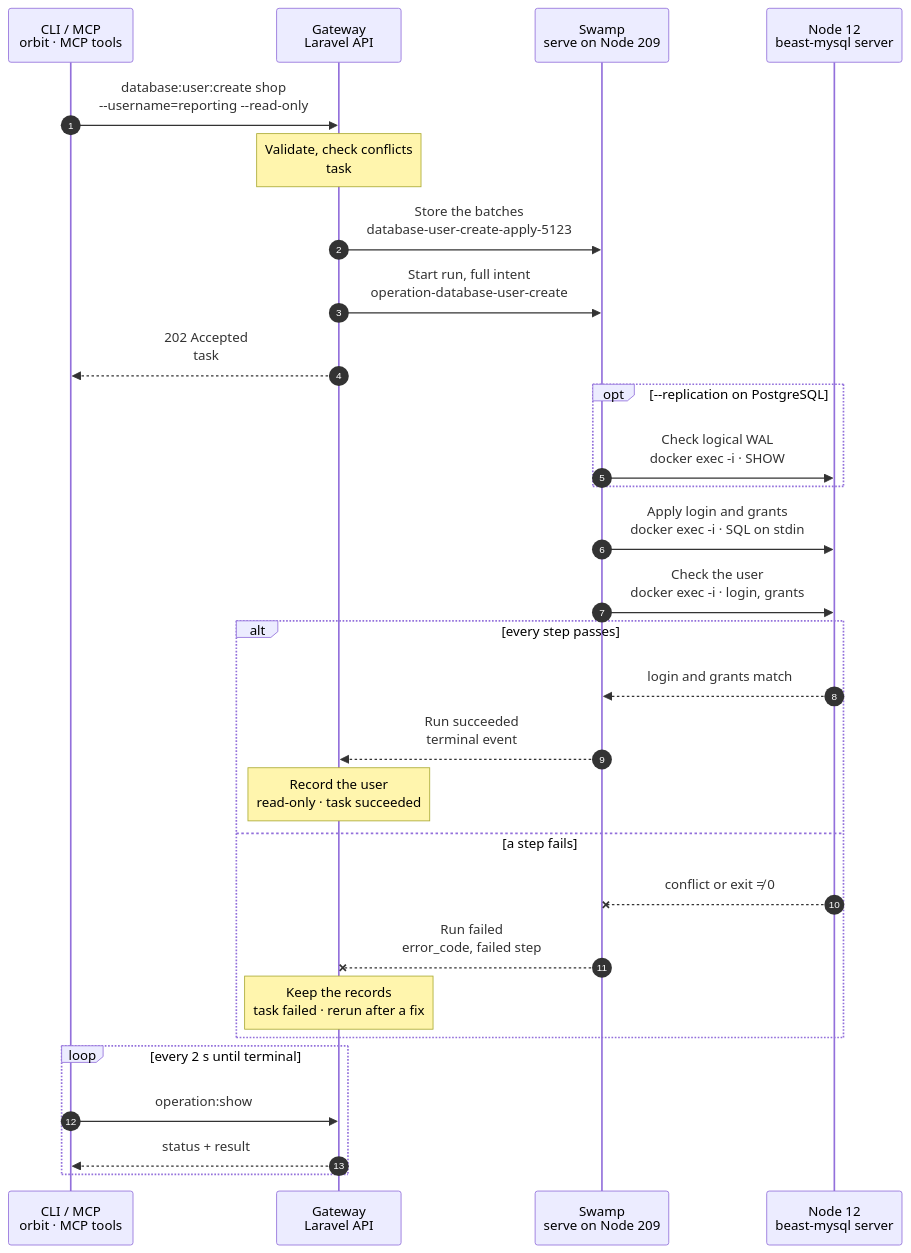
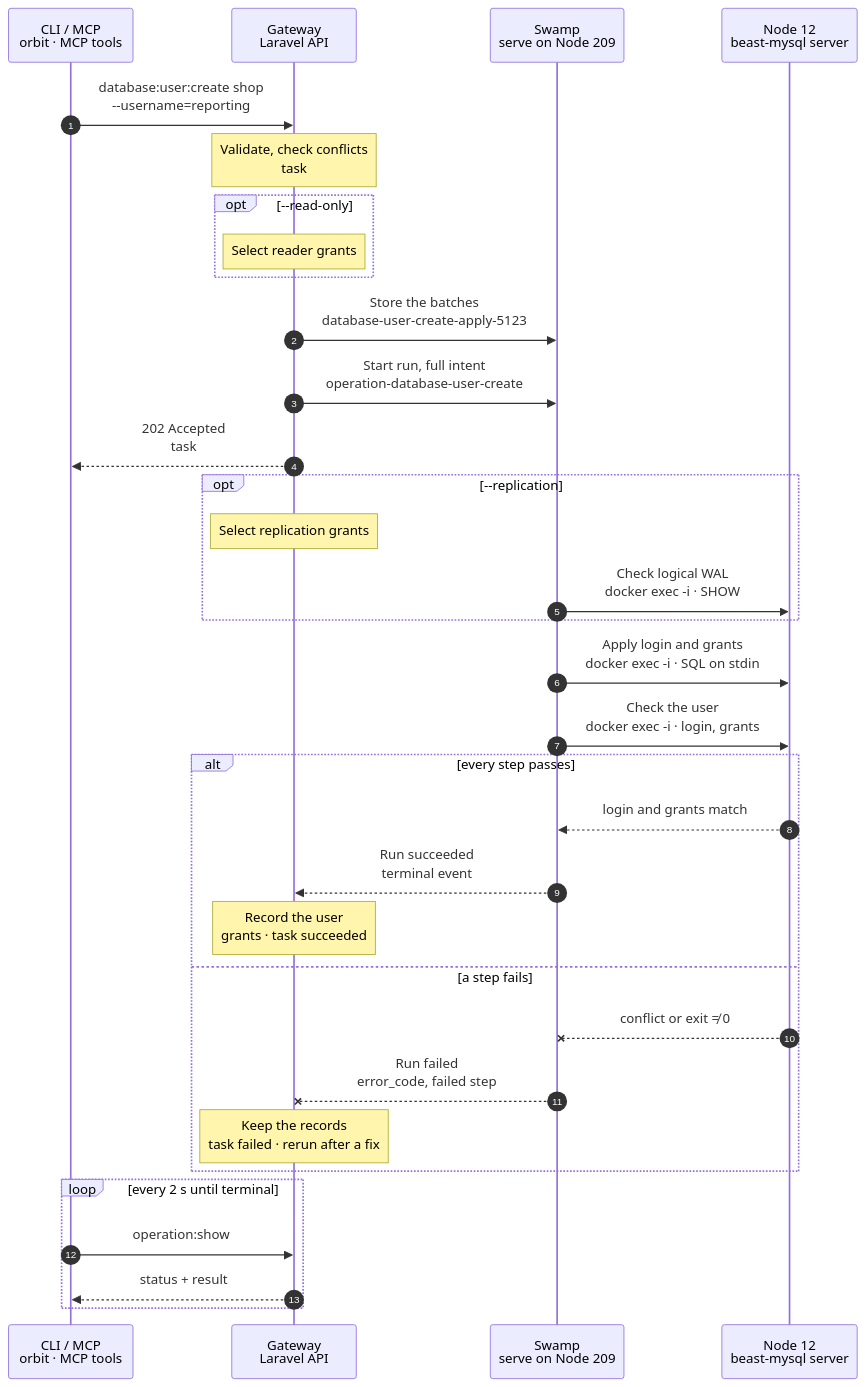
One commit to hardimpactdev/orbit changed the diagram in docs/cli/database/user-create.mmd. Above: the diagram before and after it, drawn with Mermaid. The commit also changed 10 other files, not shown here.

```diff
--- a/docs/cli/database/user-create.mmd
+++ b/docs/cli/database/user-create.mmd
@@ -1,125 +1,133 @@
 sequenceDiagram
   %% Target design: ADR 0244 task, DECISIONS R1-R4, 5 (swamp role SSH identity), round 2 bugs (server admin password by its own vault key, cleanup on pass or fail). docs/reference/database-servers.md#add-a-user.
   %% Tightened: flow-tighten 2026-11-02, rules 6, 22 (WAL read before any change; login and grants in one SQL batch on stdin; the user reads back its grants; no copied scripts or cleanup).
   %% status: draft
   %% command: database:user:create
   %% kind: database_user.create
   autonumber
   %% lane CLI icon=terminal pill=caller tone=gray
   %% lane GW icon=gateway pill=intent tone=blue
   %% lane SW icon=workflow pill=executes tone=green
   %% lane N icon=server pill=target tone=amber
   participant CLI as CLI / MCP<br/>orbit · MCP tools
   participant GW as Gateway<br/>Laravel API
   participant SW as Swamp<br/>serve on Node 209
   participant N as Node 12<br/>beast-mysql server
-  CLI->>GW: database:user:create shop<br/>--username=reporting --read-only
+  CLI->>GW: database:user:create shop<br/>--username=reporting
   %%> Command:
-  %%> - `printf '%s' "$PASSWORD" | orbit database:user:create shop --username=reporting --read-only`
-  %%> - syntax: `<slug> --username=USER [--read-only] [--replication] [--idempotency-key=KEY]`
+  %%> - `printf '%s' "$PASSWORD" | orbit database:user:create shop --username=reporting`
+  %%> - syntax: `<slug> --username=USER [--read-only] [--replication] [--idempotency-key=KEY] [--json]`
   %%> Input:
   %%> - the connection slug of a database on a MySQL or PostgreSQL server
   %%> - the username: a 1-32 character identifier
   %%> - the password from piped standard input, or a hidden `Password` prompt on a terminal; never an argument
   %%> Grants:
   %%> - `--read-only`: `SELECT` on the database
   %%> - none: all database privileges on MySQL, data-write grants on PostgreSQL
   %%> - `--replication`: PostgreSQL only, `LOGIN REPLICATION` with read-only grants
   Note over GW: Validate, check conflicts<br/>task #5123 · lock beast-mysql
   %%> Requirements:
   %%> - your Node has an access grant to Node 12
   %%> - connection `shop` has a Database server (`database.server_required`)
   %%> - the server is MySQL or PostgreSQL (`database.driver_unsupported`); on Valkey each user is its own connection
   %%> - `reporting` is not the user of a connection on the server (`database.name_conflict`)
   %%> - no database removal runs on `beast-mysql`; the Gateway holds one lock per Database server
   %%> Result:
   %%> - task #5123 recorded with the database, owner, username and grant policy
   %%> - the password stored encrypted; nothing has happened on the Node yet
+  opt --read-only
+    Note over GW: Select reader grants
+    %%> What it changes:
+    %%> - Replace default write grants with reader grants in the apply batch; the end check verifies them.
+  end
   GW->>SW: Store the batches<br/>database-user-create-apply-5123
   %%> What it does:
   %%> - puts three whole values into the Swamp vault on Node 209 (R3)
   %%> - `database-user-create-wal-5123`: the admin password line, then `SHOW wal_level`
   %%> - `database-user-create-apply-5123`: the admin password line, then the batch with the user's password (a SCRAM verifier on PostgreSQL)
   %%> - `database-user-create-check-5123`: the user's password line, then the check
   GW->>SW: Start run, full intent<br/>operation-database-user-create
   %%> What it does:
   %%> - starts one Swamp run on serve (Node 209)
   %%> Inputs:
   %%> - the driver, database, owner, username, grant policy and replication flag
-  %%> - the vault key names `database-user-create-intent-5123` and `database-server-3-admin`
+  %%> - the vault key names `database-user-create-wal-5123`, `database-user-create-apply-5123` and `database-user-create-check-5123`
   %%> - Node 12's address and SSH host keys; the SSH identity comes from the `swamp` role
   GW-->>CLI: 202 Accepted<br/>task #5123
   %%> What you get:
   %%> - the task number, at once
   %%> Next:
   %%> - the CLI follows the task with `operation:show`
-  opt --replication on PostgreSQL
+  opt --replication
+    Note over GW: Select replication grants
+    %%> What it changes:
+    %%> - PostgreSQL only: set LOGIN REPLICATION and reader grants, including owner defaults for future public tables.
+    %%> - Require logical WAL before applying the batch; without the flag, PostgreSQL gets NOREPLICATION.
     SW->>N: Check logical WAL<br/>docker exec -i · SHOW
     %%> How:
     %%> - Swamp reaches Node 12 over SSH from 209 with `@swamp/ssh` and the `swamp` role's SSH identity; nothing is copied to the Node
     %%> - one `docker exec -i … psql`; the first stdin line is the admin password, then `SHOW wal_level`
     %%> What it does:
     %%> - reads the live WAL level before any change
     %%> Refuses:
     %%> - another level than `logical`: the next steps skip, and the Gateway fails the task with `database.wal_level_not_logical`; nothing changes
     %%> Not included:
     %%> - Orbit never changes the server configuration
   end
   SW->>N: Apply login and grants<br/>docker exec -i · SQL on stdin
   %%> How:
   %%> - Swamp reaches Node 12 over SSH from 209 with `@swamp/ssh` and the `swamp` role's SSH identity; nothing is copied to the Node
   %%> - one `docker exec -i`; inside the container the first stdin line is the admin password, read into the client's password variable, then the batch; never in argv or a file
   %%> What it does:
   %%> - creates the login, or sets the password of a user Orbit recorded before
   %%> - PostgreSQL: adds or removes the replication attribute
   %%> - replaces the user's privileges with exactly the requested ones, in the same batch
   %%> Refuses:
   %%> - an existing PostgreSQL role outside this connection (`database.name_conflict`); the batch stops before any change and prints the code for the Gateway
   %%> - MySQL: escapes underscores, so the grant covers only `shop`
-  %%> - PostgreSQL replication: also owner defaults for future public tables
   %%> Not included:
   %%> - Orbit never changes the server configuration or creates publications
   SW->>N: Check the user<br/>docker exec -i · login, grants
   %%> What it does:
   %%> - the user logs in over TCP with its own password, from the first stdin line, and reads back its name, attributes and grants
   %%> - MySQL: `SHOW GRANTS` lists exactly the requested grant on its database
   %%> - PostgreSQL: the replication attribute, connect and schema use, and the owner's default table privileges for the user
   %%> Why:
   %%> - the user only counts as created when the server shows it; the Gateway compares the answer in the native result
   alt every step passes
     N-->>SW: login and grants match
     %%> Returns:
     %%> - the check passed
     SW-->>GW: Run succeeded<br/>terminal event
     %%> How the Gateway learns it:
     %%> - its shared run reader sees the terminal event; Swamp never calls the Gateway
-    Note over GW: Record the user<br/>read-only · task succeeded
+    Note over GW: Record the user<br/>grants · task succeeded
     %%> Result:
     %%> - user `reporting` recorded for `shop`, with its privileges and encrypted password
     %%> - `database:user:list shop` shows it; `vault:sync` can publish its password to Vaultwarden
     %%> - task #5123 succeeds
   else a step fails
     N--xSW: conflict or exit ≠ 0
     %%> When:
     %%> - the wrong WAL level, a name conflict, failed SQL, other grants, or a lost SSH connection
     SW--xGW: Run failed<br/>error_code, failed step
     %%> The Gateway reads:
     %%> - which step failed and its error code
     Note over GW: Keep the records<br/>task failed · rerun after a fix
     %%> Result:
     %%> - the user records stay as before; a new user is not recorded
     %%> - task #5123 fails
     %%> On the Node:
     %%> - a login created before the failure stays; there is no rollback
     %%> - that is safe: a rerun sets the password and replaces the grants again
     %%> Retry:
     %%> - run the same command again after fixing the cause; it is a new task
   end
   loop every 2 s until terminal
     CLI->>GW: operation:show #5123
     %%> What it does:
     %%> - asks for the task's status every 2 seconds until it has ended
     GW-->>CLI: status + result
     %%> Returns:
     %%> - the current status, and the result once the task has ended
   end
```
